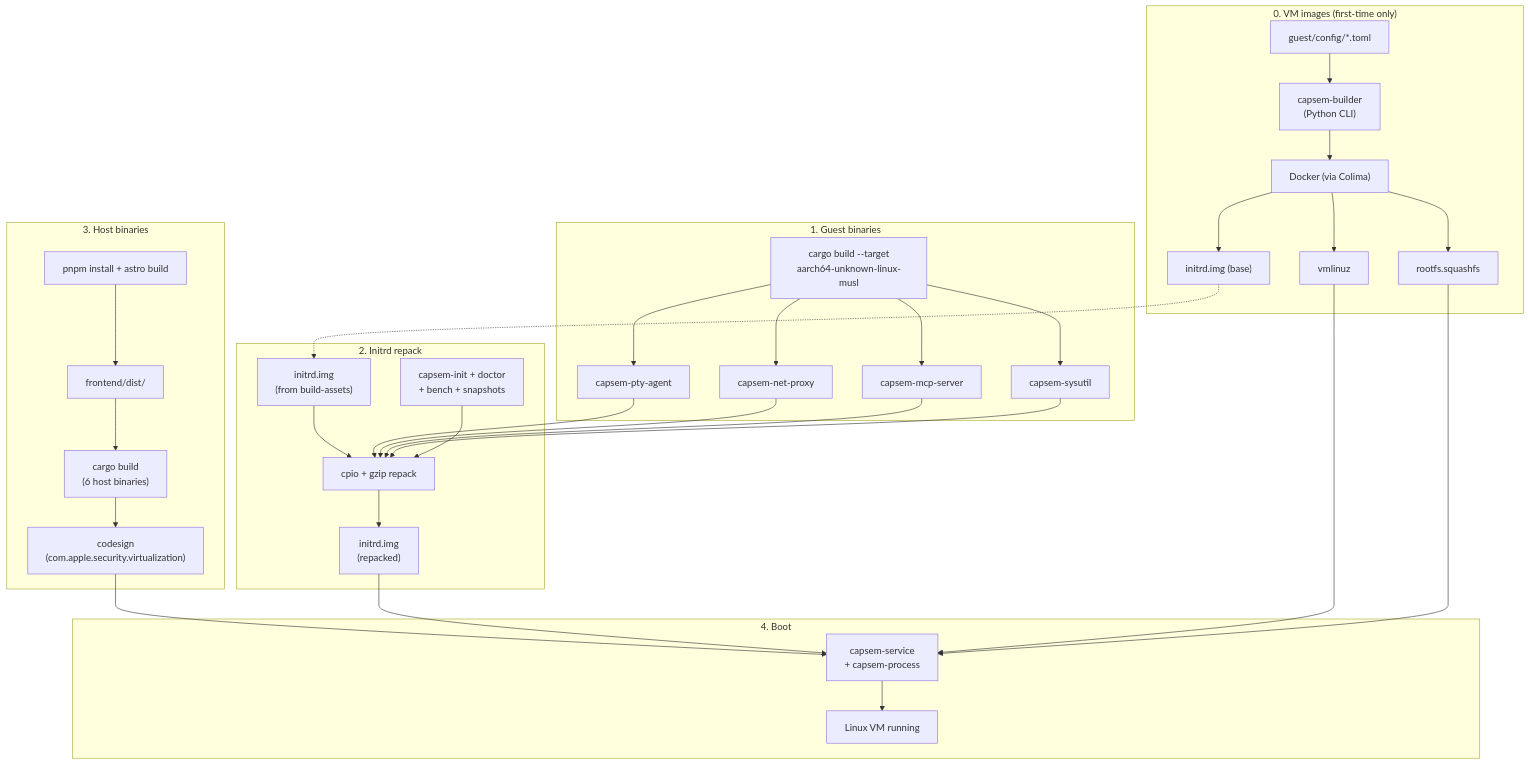
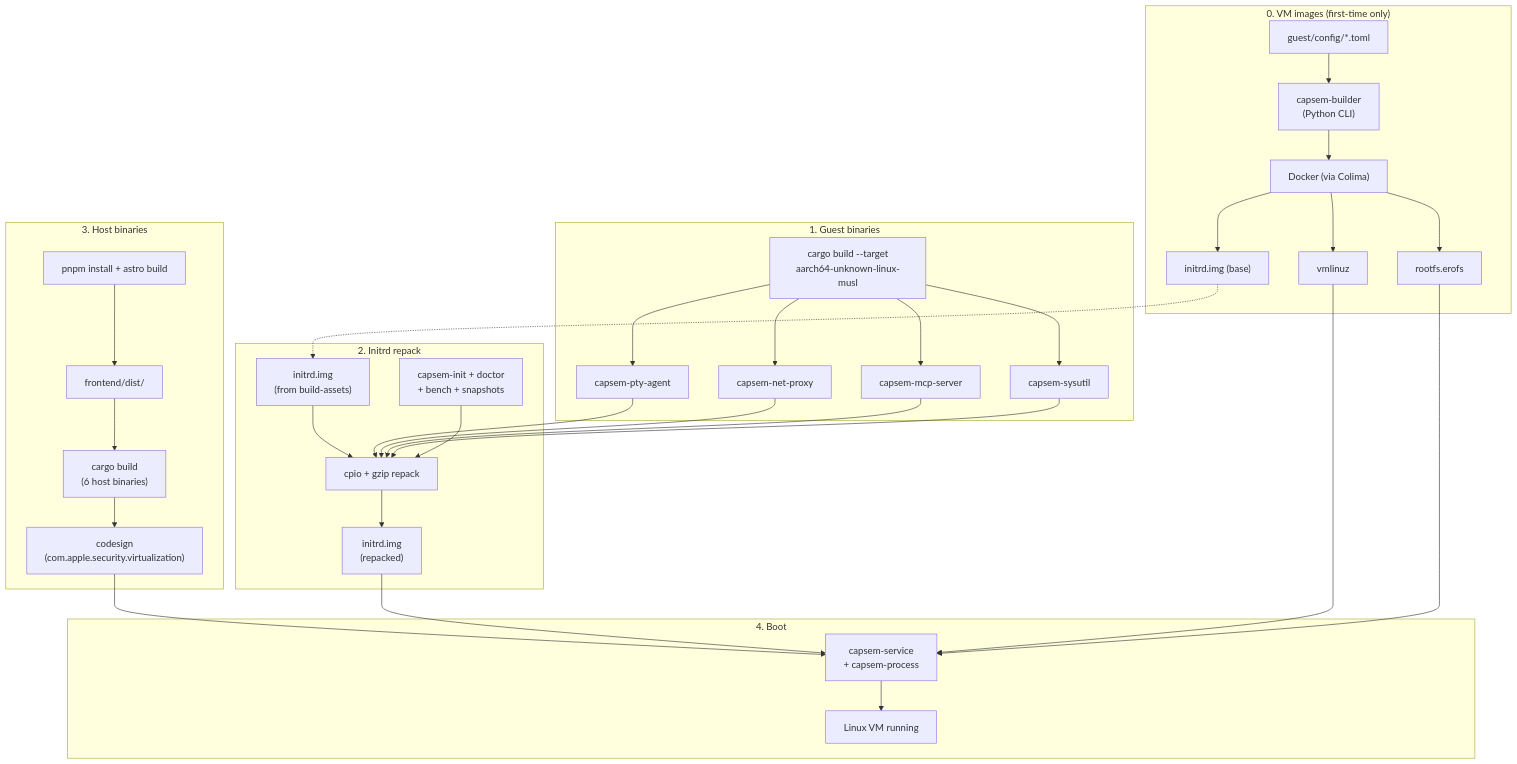
Before and after one commit to google/capsem: the first of 2 diagrams in docs/src/content/docs/development/stack.md, drawn with Mermaid. The commit also changed other lines of this file and 26 other files, not shown here.

````diff
--- a/docs/src/content/docs/development/stack.md
+++ b/docs/src/content/docs/development/stack.md
@@ -12,49 +12,49 @@
 ```mermaid
 flowchart TD
     subgraph stage1["1. Guest binaries"]
         CARGO_CROSS["cargo build --target\naarch64-unknown-linux-musl"]
         AGENT["capsem-pty-agent"]
         NETPROXY["capsem-net-proxy"]
         MCP["capsem-mcp-server"]
         SYSUTIL["capsem-sysutil"]
         CARGO_CROSS --> AGENT & NETPROXY & MCP & SYSUTIL
     end
 
     subgraph stage2["2. Initrd repack"]
         INITRD_IN["initrd.img\n(from build-assets)"]
         SCRIPTS["capsem-init + doctor\n+ bench + snapshots"]
         REPACK["cpio + gzip repack"]
         INITRD_IN --> REPACK
         AGENT & NETPROXY & MCP & SYSUTIL --> REPACK
         SCRIPTS --> REPACK
         REPACK --> INITRD_OUT["initrd.img\n(repacked)"]
     end
 
     subgraph stage3["3. Host binaries"]
         PNPM["pnpm install + astro build"]
         DIST["frontend/dist/"]
         CARGO_HOST["cargo build\n(6 host binaries)"]
         PNPM --> DIST --> CARGO_HOST
         CARGO_HOST --> SIGN["codesign\n(com.apple.security.virtualization)"]
     end
 
     subgraph stage0["0. VM images (first-time only)"]
         TOML["guest/config/*.toml"]
         BUILDER["capsem-builder\n(Python CLI)"]
         DOCKER["Docker (via Colima)"]
         TOML --> BUILDER --> DOCKER
         DOCKER --> VMLINUZ["vmlinuz"]
-        DOCKER --> ROOTFS["rootfs.squashfs"]
+        DOCKER --> ROOTFS["rootfs.erofs"]
         DOCKER --> INITRD_BASE["initrd.img (base)"]
     end
 
     INITRD_BASE -.-> INITRD_IN
 
     subgraph stage4["4. Boot"]
         SIGN --> BOOT["capsem-service\n+ capsem-process"]
         INITRD_OUT --> BOOT
         VMLINUZ --> BOOT
         ROOTFS --> BOOT
         BOOT --> VM["Linux VM running"]
     end
 ```
````
